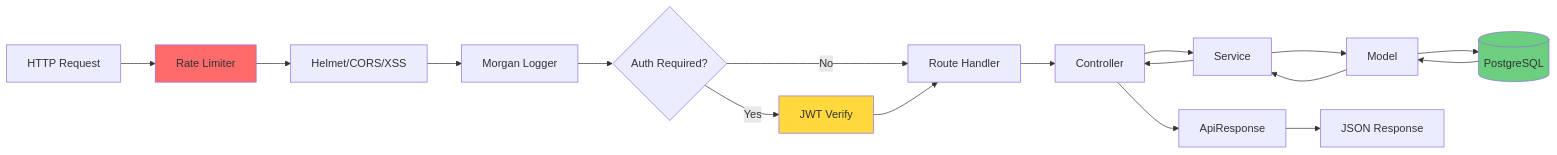
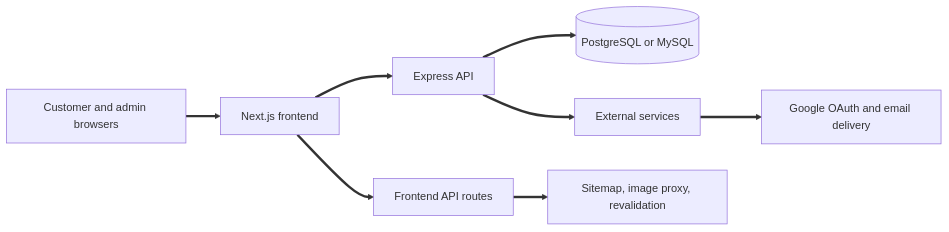
The diagram in README.md (LasyWorks/MK-REDDY-GENRAL-STORES), drawn with Mermaid before and after one commit. The commit also changed other lines of this file and 57 other files, not shown here.

````diff
--- a/README.md
+++ b/README.md
@@ -267,23 +56,10 @@
 ```mermaid
 flowchart LR
-    A[HTTP Request] --> B[Rate Limiter]
-    B --> C[Helmet/CORS/XSS]
-    C --> D[Morgan Logger]
-    D --> E{Auth Required?}
-    E -->|Yes| F[JWT Verify]
-    E -->|No| G[Route Handler]
-    F --> G
-    G --> H[Controller]
-    H --> I[Service]
-    I --> J[Model]
-    J --> K[(PostgreSQL)]
-    K --> J
-    J --> I
-    I --> H
-    H --> L[ApiResponse]
-    L --> M[JSON Response]
-    
-    style B fill:#ff6b6b
-    style F fill:#ffd93d
-    style K fill:#6bcf7f
+  A[Customer and admin browsers] ==> B[Next.js frontend]
+  B ==> C[Express API]
+  C ==> D[(PostgreSQL or MySQL)]
+  C ==> E[External services]
+  B ==> F[Frontend API routes]
+  E ==> G[Google OAuth and email delivery]
+  F ==> H[Sitemap, image proxy, revalidation]
 ```
````
